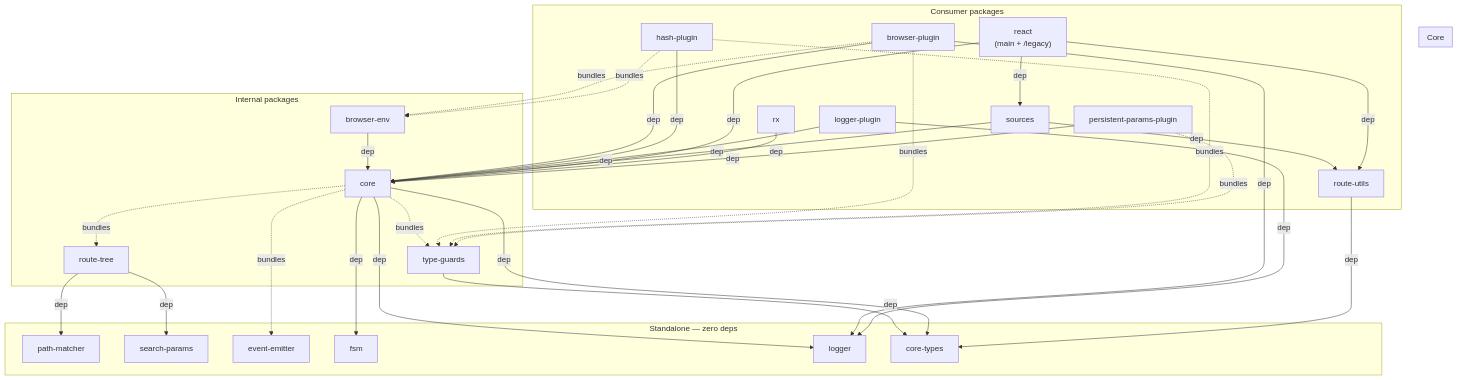
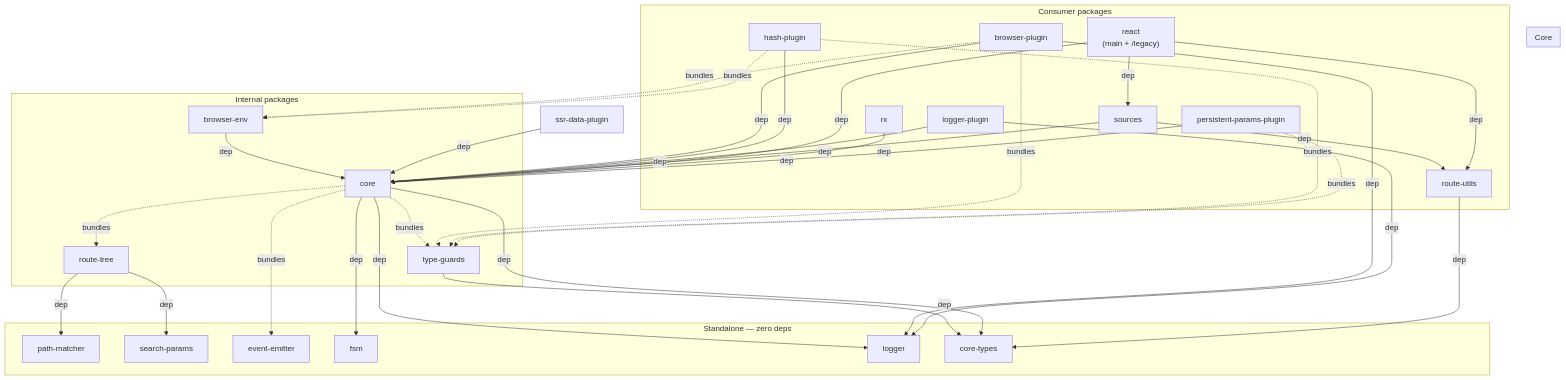
Before and after one commit to greydragon888/real-router: the first of 3 diagrams in ARCHITECTURE.md, drawn with Mermaid. The commit also changed other lines of this file and 57 other files, not shown here.

Commit message:
feat: SSR example, ssr-data-plugin, core/utils serializeState (#298) (#323)

````diff
--- a/ARCHITECTURE.md
+++ b/ARCHITECTURE.md
@@ -47,67 +49,70 @@
 ```mermaid
 graph TD
     subgraph standalone [Standalone — zero deps]
         PM[path-matcher]
         SP[search-params]
         EE[event-emitter]
         FSM["fsm"]
         LOG["logger"]
         TYPES["core-types"]
     end
 
     subgraph internal [Internal packages]
         TG[type-guards] -->|dep| TYPES
         RT[route-tree] -->|dep| PM
         RT -->|dep| SP
         BE[browser-env] -->|dep| CORE
     end
 
     subgraph core [Core]
         CORE["core"]
     end
 
     CORE -->|dep| TYPES
     CORE -->|dep| LOG
     CORE -->|dep| FSM
     CORE -.->|bundles| RT
     CORE -.->|bundles| TG
     CORE -.->|bundles| EE
 
     subgraph consumers [Consumer packages]
         BP["browser-plugin"]
         HP["hash-plugin"]
         SOURCES["sources"]
         REACT["react"]
         RX["rx"]
         LP["logger-plugin"]
         PPP["persistent-params-plugin"]
         ROUTEUTILS["route-utils"]
     end
 
     BP -->|dep| CORE
     BP -->|dep| LOG
     BP -.->|bundles| TG
     BP -.->|bundles| BE
 
     HP -->|dep| CORE
     HP -.->|bundles| TG
     HP -.->|bundles| BE
 
     LP -->|dep| CORE
     LP -->|dep| LOG
 
     SOURCES -->|dep| ROUTEUTILS
     SOURCES -->|dep| CORE
 
     REACT["react<br/>(main + /legacy)"]
     REACT -->|dep| CORE
     REACT -->|dep| SOURCES
     REACT -->|dep| ROUTEUTILS
 
     RX -->|dep| CORE
 
     PPP -->|dep| CORE
     PPP -.->|bundles| TG
 
+    SDP["ssr-data-plugin"]
+    SDP -->|dep| CORE
+
     ROUTEUTILS -->|dep| TYPES
 ```
````
